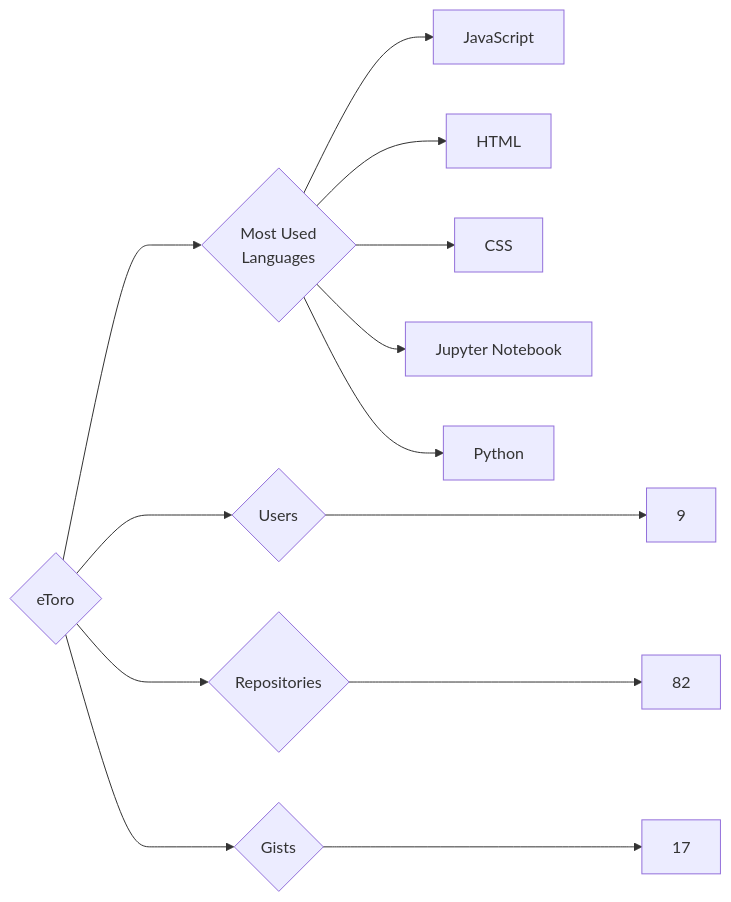
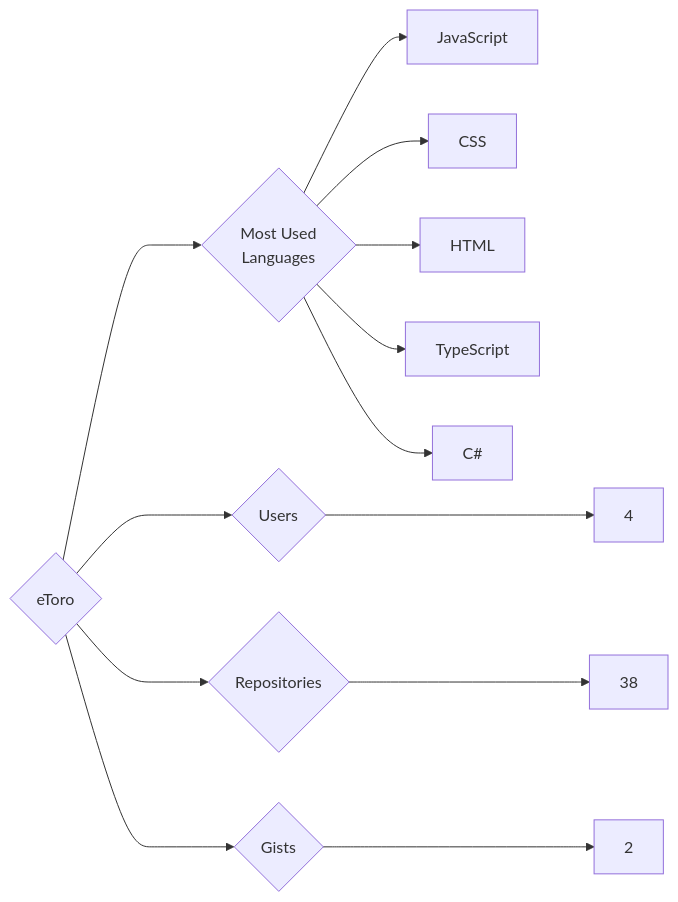
One commit to trickest/insiders changed the diagram in targets/eToro/README.md. Above: the diagram before and after it, drawn with Mermaid. The commit also changed 1212 other files, not shown here.

````diff
--- a/targets/eToro/README.md
+++ b/targets/eToro/README.md
@@ -3,13 +3,13 @@
 ```mermaid
 graph LR
 COMPANY_NAME{eToro}
-COMPANY_NAME ---> U{Users} ---> UN[9]
-COMPANY_NAME ---> R{Repositories} ---> RN[82]
-COMPANY_NAME ---> G{Gists} ---> GN[17]
+COMPANY_NAME ---> U{Users} ---> UN[4]
+COMPANY_NAME ---> R{Repositories} ---> RN[38]
+COMPANY_NAME ---> G{Gists} ---> GN[2]
 COMPANY_NAME ---> ML{Most Used<br>Languages}
 ML --> JavaScript[JavaScript]
+ML --> CSS[CSS]
 ML --> HTML[HTML]
-ML --> CSS[CSS]
-ML --> Jupyter_Notebook[Jupyter Notebook]
-ML --> Python[Python]
+ML --> TypeScript[TypeScript]
+ML --> C#[C#]
 ```
````
